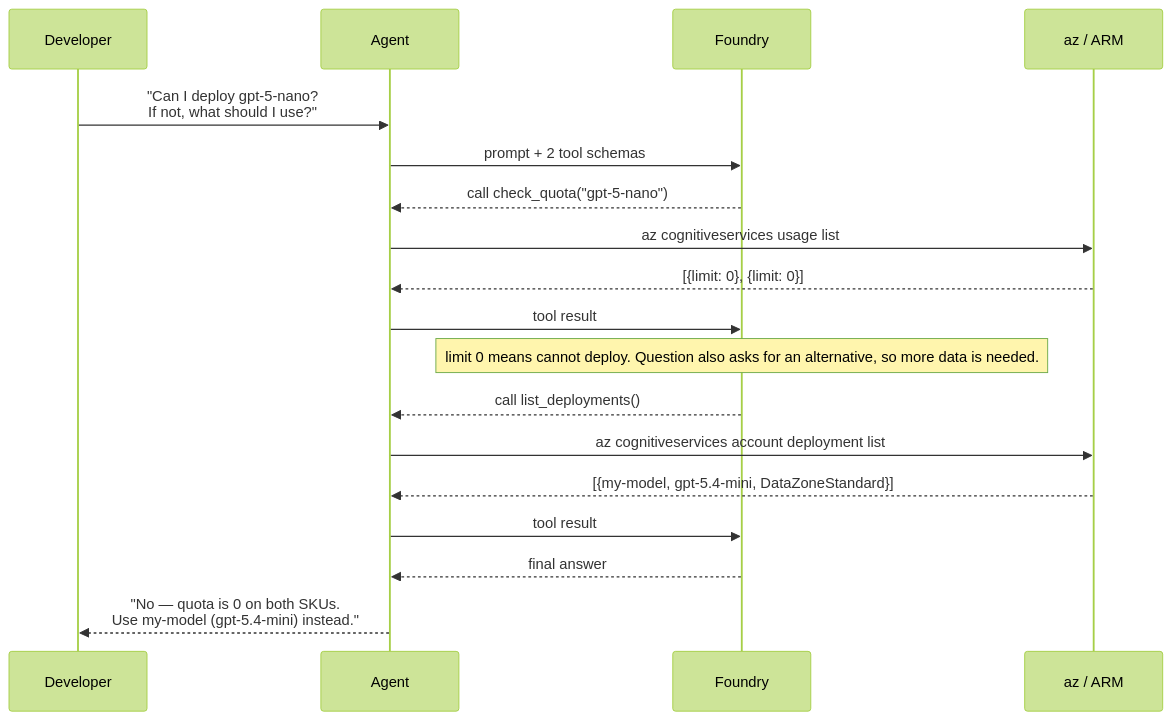
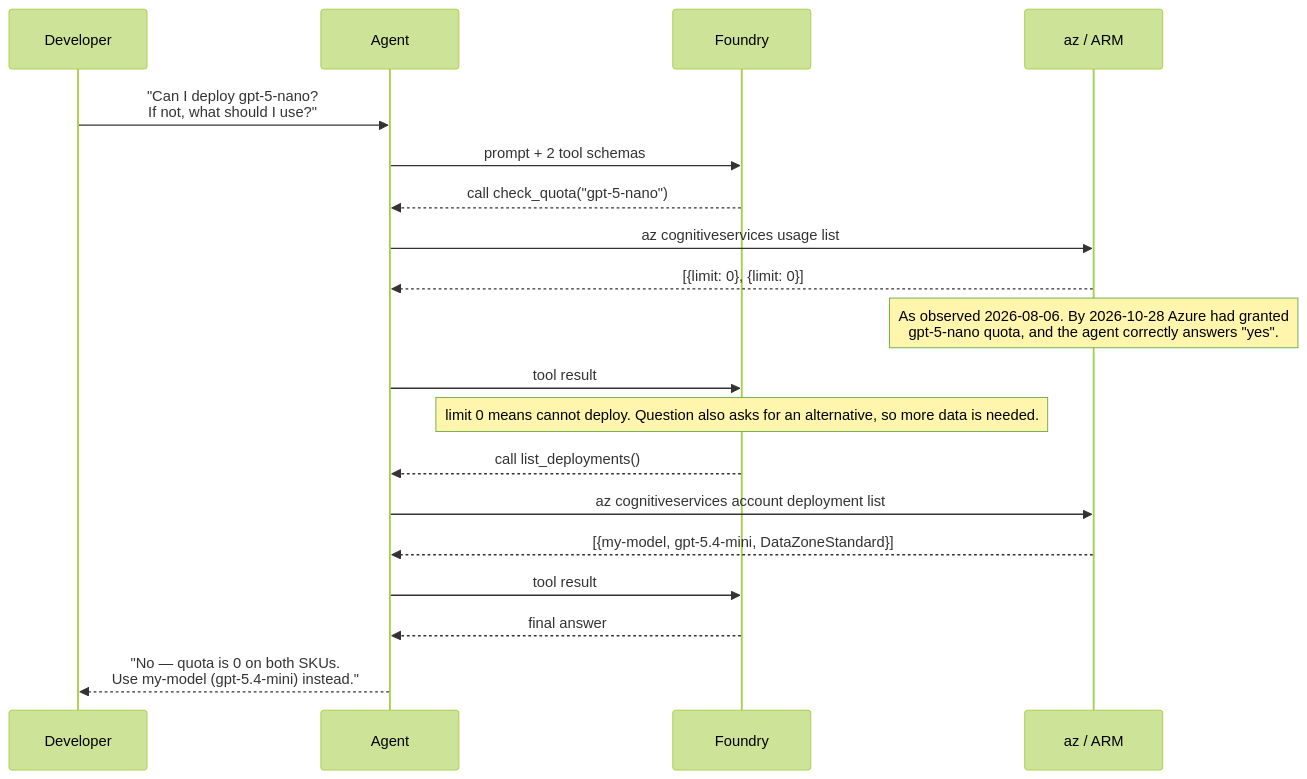
The fourth of 5 diagrams in docs/architecture.md (avandenberghe/Azure-agent-architectures), drawn with Mermaid (forest theme) before and after one commit. The commit also changed other lines of this file and 4 other files, not shown here.

````diff
--- a/docs/architecture.md
+++ b/docs/architecture.md
@@ -249,21 +249,22 @@
 ```mermaid
 sequenceDiagram
     participant U as Developer
     participant A as Agent
     participant F as Foundry
     participant Az as az / ARM
 
     U->>A: "Can I deploy gpt-5-nano?<br/>If not, what should I use?"
     A->>F: prompt + 2 tool schemas
     F-->>A: call check_quota("gpt-5-nano")
     A->>Az: az cognitiveservices usage list
     Az-->>A: [{limit: 0}, {limit: 0}]
+    Note over Az: As observed 2026-08-06. By 2026-10-28 Azure had granted<br/>gpt-5-nano quota, and the agent correctly answers "yes".
     A->>F: tool result
     Note over F: limit 0 means cannot deploy. Question also asks for an alternative, so more data is needed.
     F-->>A: call list_deployments()
     A->>Az: az cognitiveservices account deployment list
     Az-->>A: [{my-model, gpt-5.4-mini, DataZoneStandard}]
     A->>F: tool result
     F-->>A: final answer
     A-->>U: "No — quota is 0 on both SKUs.<br/>Use my-model (gpt-5.4-mini) instead."
 ```
````
